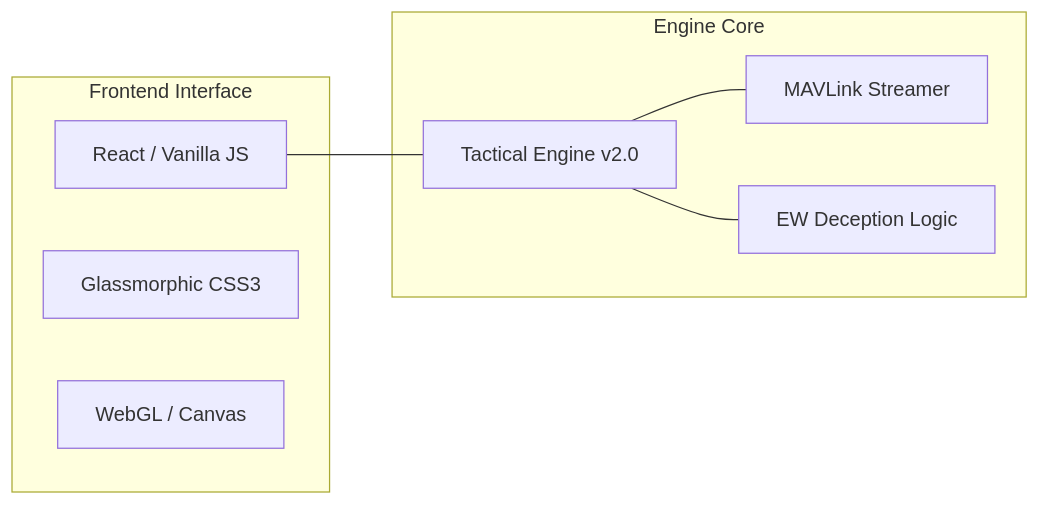
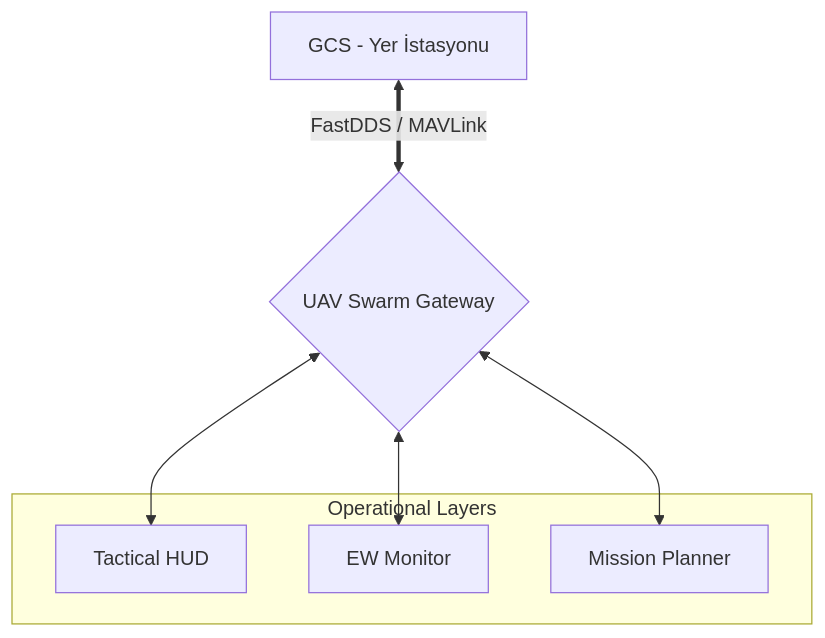
Before and after one commit to arch-yunus/uav-mission-control: the diagram in README.md, drawn with Mermaid. The commit also changed other lines of this file and 4 other files, not shown here.

````diff
--- a/README.md
+++ b/README.md
@@ -32,18 +27,13 @@
 ```mermaid
-graph LR
-    subgraph "Frontend Interface"
-        UI[React / Vanilla JS]
-        CSS[Glassmorphic CSS3]
-        GL[WebGL / Canvas]
+graph TD
+    A[GCS - Yer İstasyonu] <==>|FastDDS / MAVLink| B{UAV Swarm Gateway}
+    B <--> C[Tactical HUD]
+    B <--> D[EW Monitor]
+    B <--> E[Mission Planner]
+    
+    subgraph "Operational Layers"
+    C
+    D
+    E
     end
-
-    subgraph "Engine Core"
-        SIM[Tactical Engine v2.0]
-        DATA[MAVLink Streamer]
-        EW[EW Deception Logic]
-    end
-
-    UI --- SIM
-    SIM --- DATA
-    SIM --- EW
 ```
````
